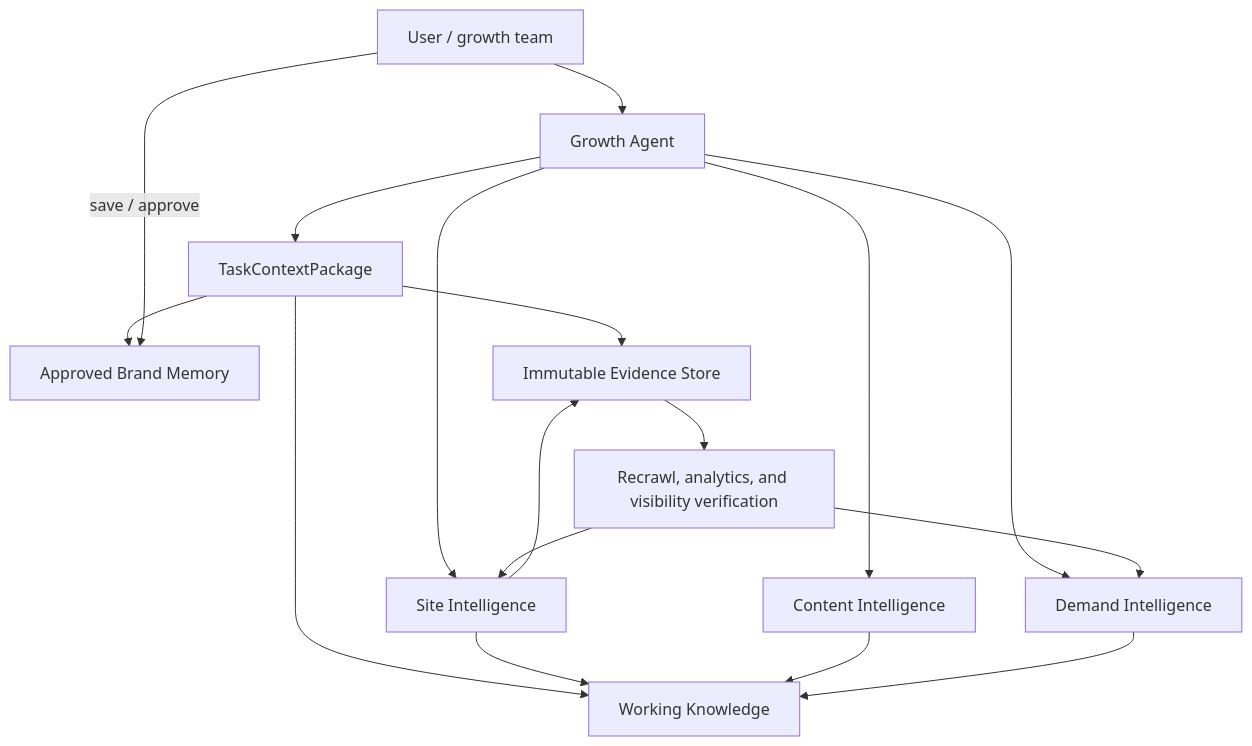
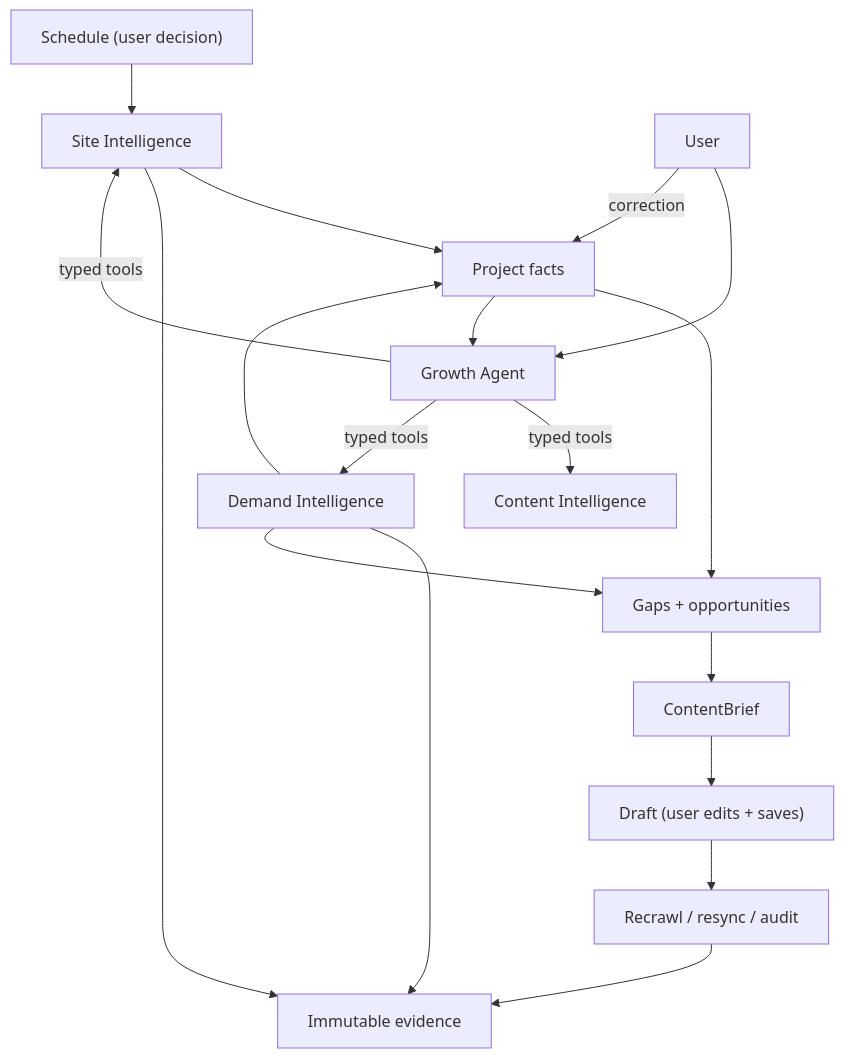
One commit to Cube-27/Citeladder changed the first of 2 diagrams in docs/plans/growth-intelligence-platform.md. Above: the diagram before and after it, drawn with Mermaid. The commit also changed other lines of this file and 49 other files, not shown here.

First line of the commit message:
docs: simplify architecture to four layers and two user decisions

````diff
--- a/docs/plans/growth-intelligence-platform.md
+++ b/docs/plans/growth-intelligence-platform.md
@@ -52,19 +63,20 @@
 ```mermaid
 flowchart TB
-  User["User / growth team"] --> Agent["Growth Agent"]
-  Agent --> Context["TaskContextPackage"]
-  Context --> Memory["Approved Brand Memory"]
-  Context --> Working["Working Knowledge"]
-  Context --> Evidence["Immutable Evidence Store"]
-  Agent --> Site["Site Intelligence"]
-  Agent --> Content["Content Intelligence"]
-  Agent --> Demand["Demand Intelligence"]
-  Site --> Evidence
-  Site --> Working
-  Content --> Working
-  Demand --> Working
-  User -->|save / approve| Memory
-  Evidence --> Verify["Recrawl, analytics, and visibility verification"]
-  Verify --> Site
-  Verify --> Demand
+  Schedule["Schedule (user decision)"] --> Site
+  Site["Site Intelligence"] --> Facts["Project facts"]
+  Site --> Evidence["Immutable evidence"]
+  Demand["Demand Intelligence"] --> Facts
+  Demand --> Evidence
+  Facts --> Gaps["Gaps + opportunities"]
+  Demand --> Gaps
+  Gaps --> Brief["ContentBrief"]
+  Brief --> Draft["Draft (user edits + saves)"]
+  Draft --> Verify["Recrawl / resync / audit"]
+  Verify --> Evidence
+  Agent["Growth Agent"] -->|typed tools| Site
+  Agent -->|typed tools| Content["Content Intelligence"]
+  Agent -->|typed tools| Demand
+  Facts --> Agent
+  User["User"] --> Agent
+  User -->|correction| Facts
 ```
````
